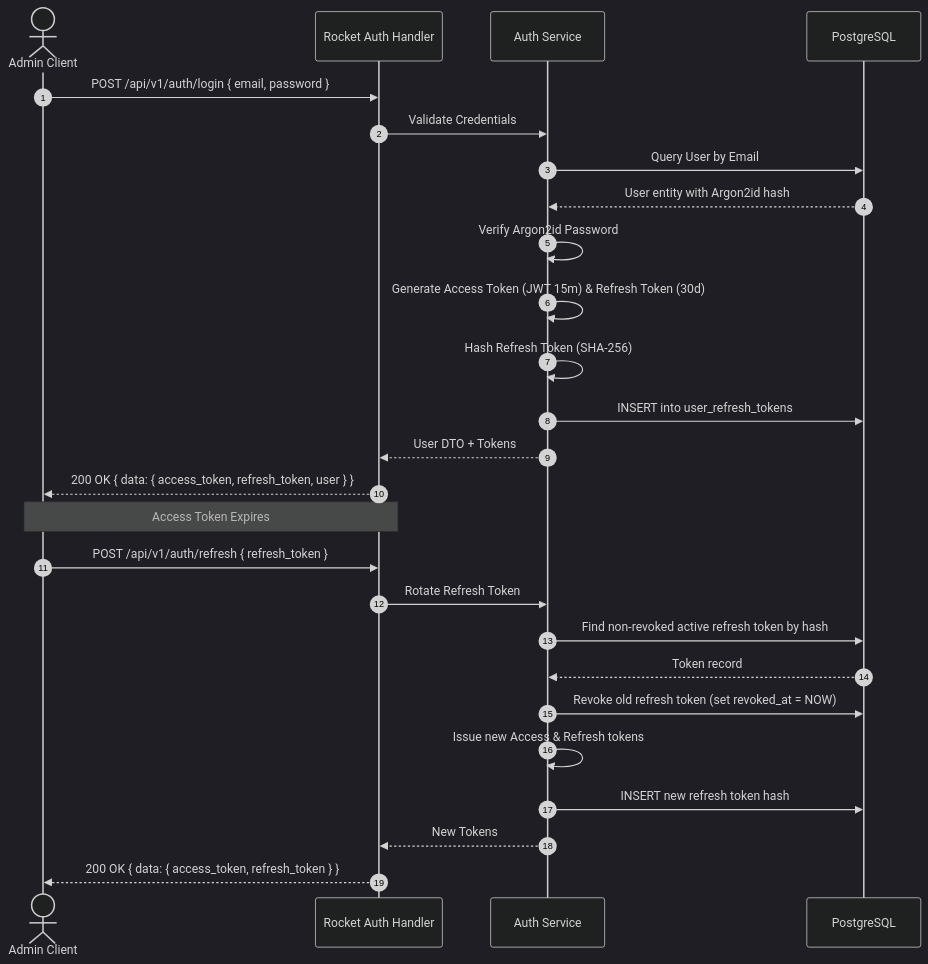
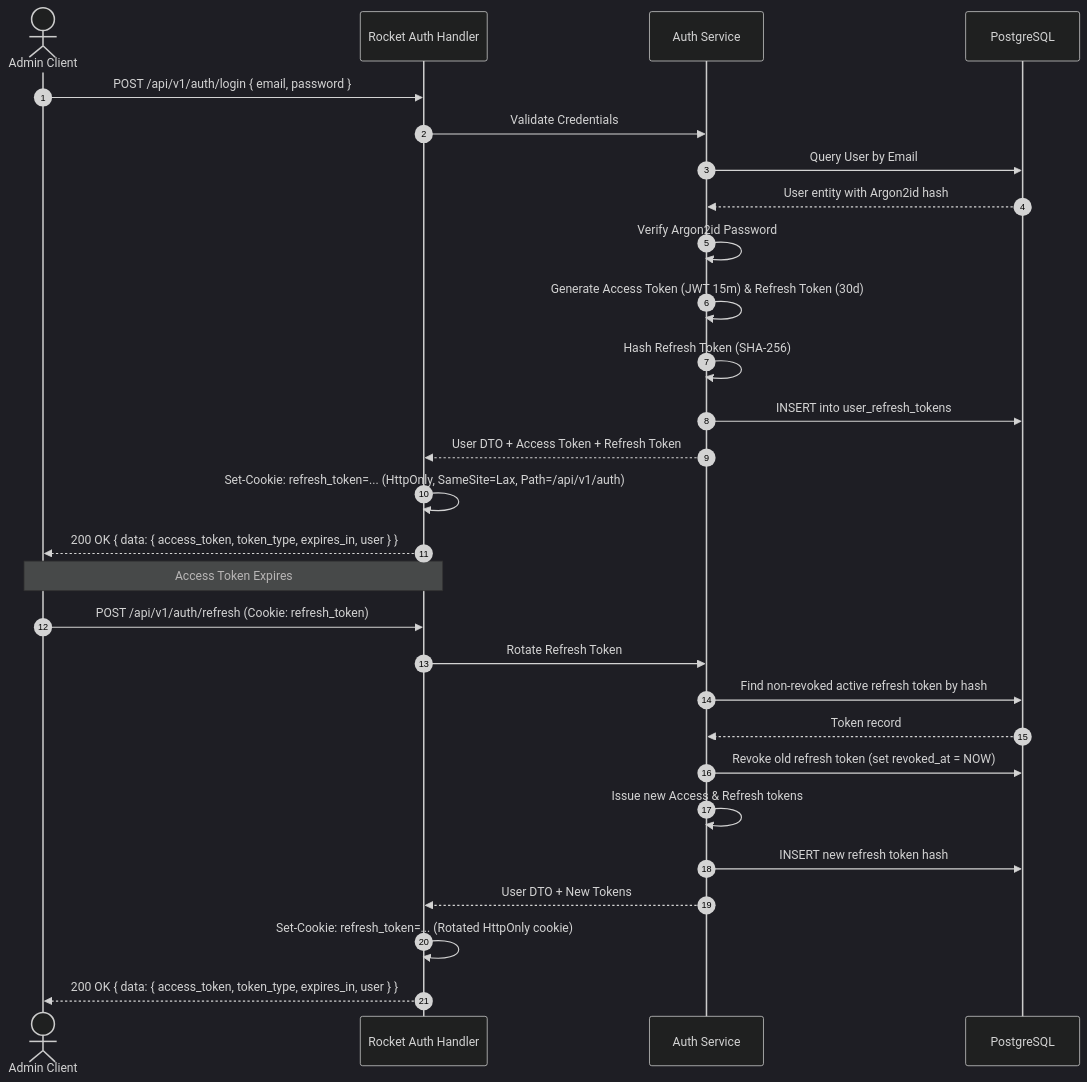
The second of 4 diagrams in docs/architecture.md (vadymka1/sax-backend), drawn with Mermaid (dark theme) before and after one commit. The commit also changed 16 other files, not shown here.

First line of the commit message:
SS-7: feat(auth): implement HttpOnly refresh cookie session (Auth Con… (#7)

````diff
--- a/docs/architecture.md
+++ b/docs/architecture.md
@@ -36,30 +36,32 @@
 ```mermaid
 sequenceDiagram
     autonumber
     actor Admin as Admin Client
     participant API as Rocket Auth Handler
     participant AuthService as Auth Service
     participant DB as PostgreSQL
     
     Admin->>API: POST /api/v1/auth/login { email, password }
     API->>AuthService: Validate Credentials
     AuthService->>DB: Query User by Email
     DB-->>AuthService: User entity with Argon2id hash
     AuthService->>AuthService: Verify Argon2id Password
     AuthService->>AuthService: Generate Access Token (JWT 15m) & Refresh Token (30d)
     AuthService->>AuthService: Hash Refresh Token (SHA-256)
     AuthService->>DB: INSERT into user_refresh_tokens
-    AuthService-->>API: User DTO + Tokens
-    API-->>Admin: 200 OK { data: { access_token, refresh_token, user } }
+    AuthService-->>API: User DTO + Access Token + Refresh Token
+    API->>API: Set-Cookie: refresh_token=... (HttpOnly, SameSite=Lax, Path=/api/v1/auth)
+    API-->>Admin: 200 OK { data: { access_token, token_type, expires_in, user } }
 
     Note over Admin, API: Access Token Expires
-    Admin->>API: POST /api/v1/auth/refresh { refresh_token }
+    Admin->>API: POST /api/v1/auth/refresh (Cookie: refresh_token)
     API->>AuthService: Rotate Refresh Token
     AuthService->>DB: Find non-revoked active refresh token by hash
     DB-->>AuthService: Token record
     AuthService->>DB: Revoke old refresh token (set revoked_at = NOW)
     AuthService->>AuthService: Issue new Access & Refresh tokens
     AuthService->>DB: INSERT new refresh token hash
-    AuthService-->>API: New Tokens
-    API-->>Admin: 200 OK { data: { access_token, refresh_token } }
+    AuthService-->>API: User DTO + New Tokens
+    API->>API: Set-Cookie: refresh_token=... (Rotated HttpOnly cookie)
+    API-->>Admin: 200 OK { data: { access_token, token_type, expires_in, user } }
 ```
````
